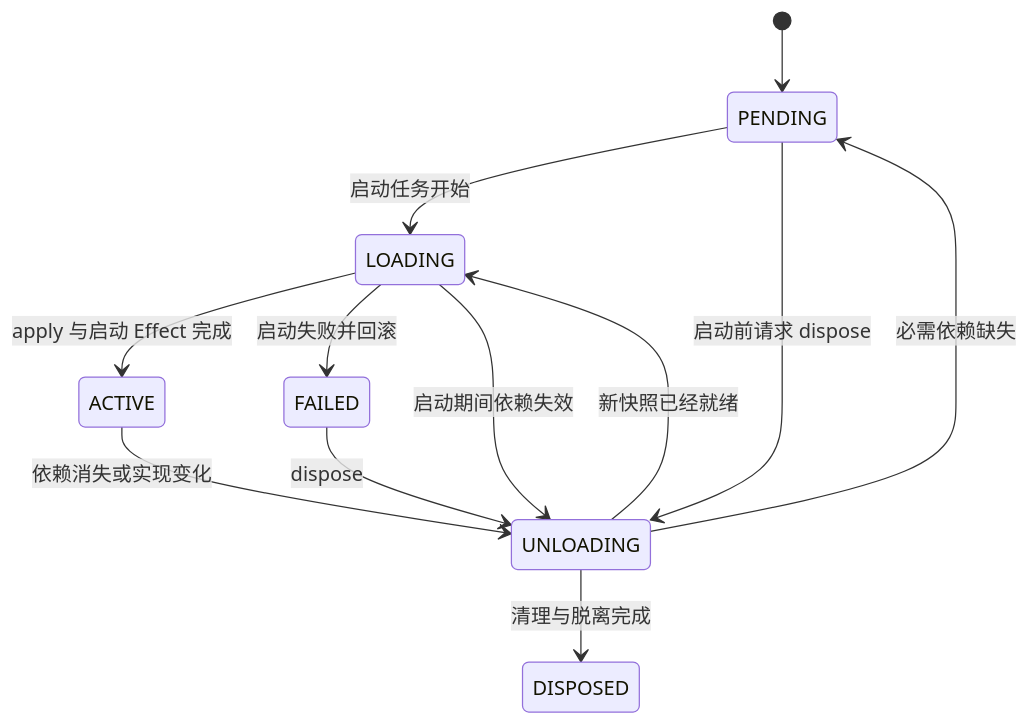
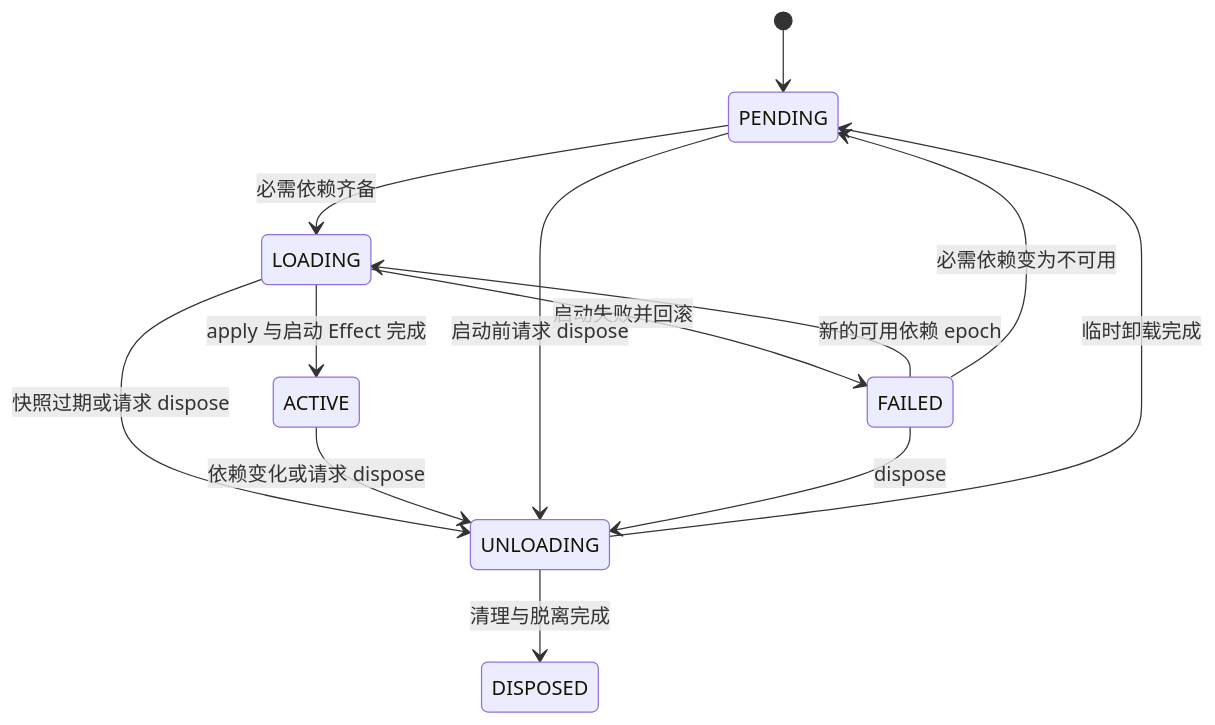
The diagram in docs/concepts.md (fanfan-de/NyaCore), drawn with Mermaid before and after one commit. The commit also changed other lines of this file and 13 other files, not shown here.

````diff
--- a/docs/concepts.md
+++ b/docs/concepts.md
@@ -290,14 +290,15 @@
 ```mermaid
 stateDiagram-v2
     [*] --> PENDING
-    PENDING --> LOADING: 启动任务开始
+    PENDING --> LOADING: 必需依赖齐备
     LOADING --> ACTIVE: apply 与启动 Effect 完成
     LOADING --> FAILED: 启动失败并回滚
-    LOADING --> UNLOADING: 启动期间依赖失效
-    ACTIVE --> UNLOADING: 依赖消失或实现变化
-    UNLOADING --> PENDING: 必需依赖缺失
-    UNLOADING --> LOADING: 新快照已经就绪
+    LOADING --> UNLOADING: 快照过期或请求 dispose
+    ACTIVE --> UNLOADING: 依赖变化或请求 dispose
+    UNLOADING --> PENDING: 临时卸载完成
     PENDING --> UNLOADING: 启动前请求 dispose
+    FAILED --> LOADING: 新的可用依赖 epoch
+    FAILED --> PENDING: 必需依赖变为不可用
     FAILED --> UNLOADING: dispose
     UNLOADING --> DISPOSED: 清理与脱离完成
 ```
````
